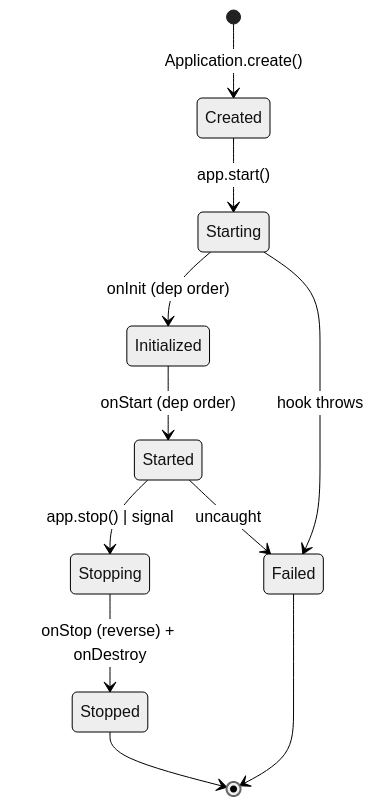
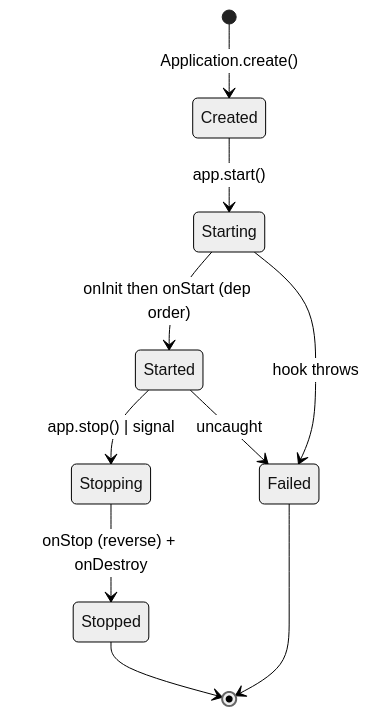
The diagram in docs/titan/application/lifecycle.md (omnitron-dev/website), drawn with Mermaid (neutral theme) before and after one commit. The commit also changed other lines of this file and 61 other files, not shown here.

````diff
--- a/docs/titan/application/lifecycle.md
+++ b/docs/titan/application/lifecycle.md
@@ -22,13 +27,12 @@
 ```mermaid
 stateDiagram-v2
   [*] --> Created: Application.create()
   Created --> Starting: app.start()
-  Starting --> Initialized: onInit (dep order)
-  Initialized --> Started: onStart (dep order)
+  Starting --> Started: onInit then onStart (dep order)
   Started --> Stopping: app.stop() | signal
   Stopping --> Stopped: onStop (reverse) + onDestroy
   Stopped --> [*]
   Starting --> Failed: hook throws
   Started --> Failed: uncaught
   Failed --> [*]
 ```
````
